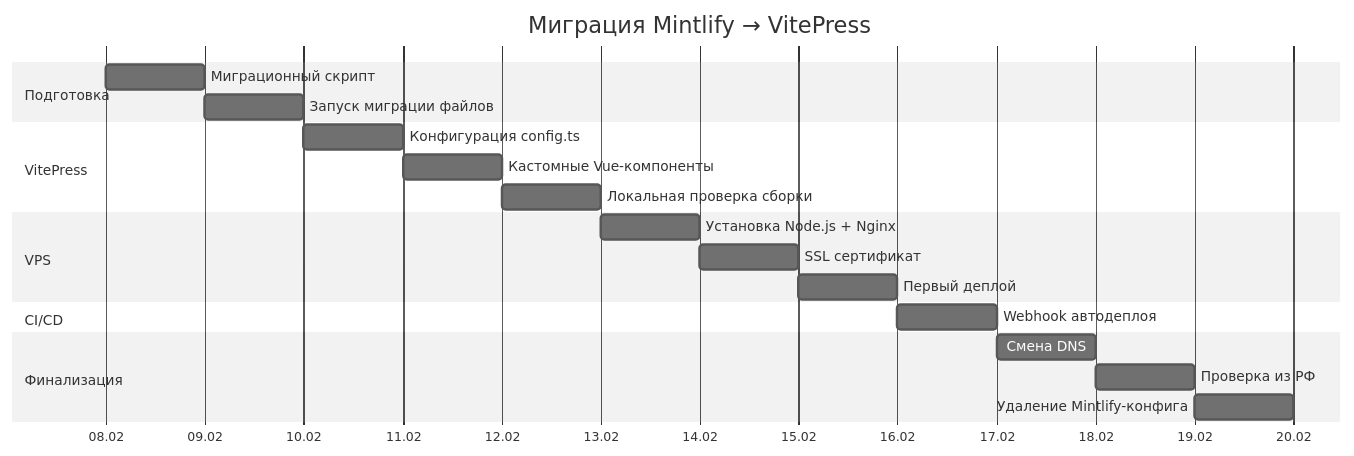
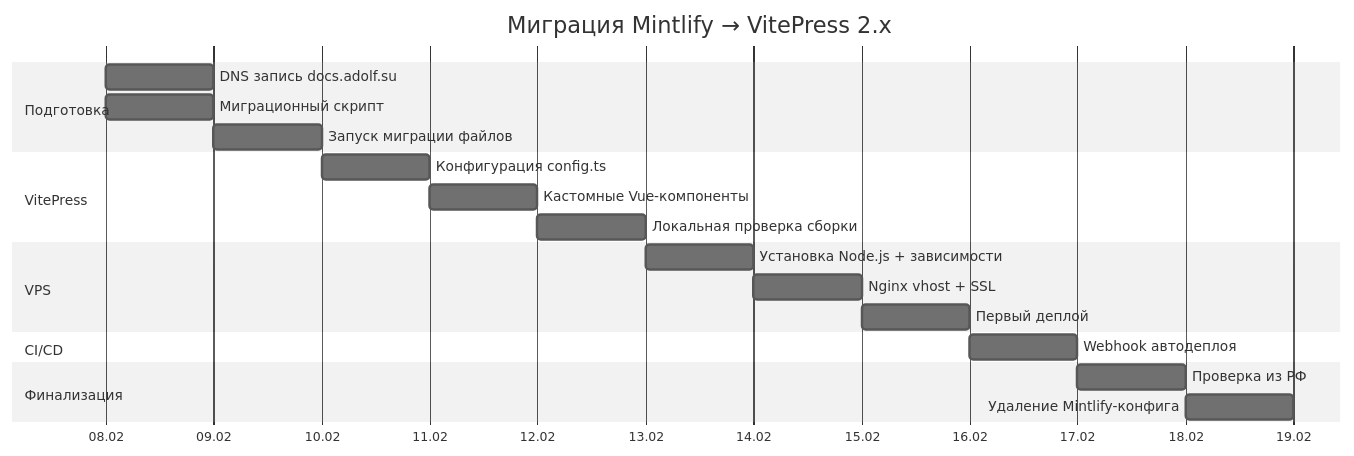
Before and after one commit to Sign25/Docs: the third of 3 diagrams in config/adolf_vitepress_tz.md, drawn with Mermaid (neutral theme). The commit also changed other lines of this file, not shown here.

Commit message:
docs: update VitePress migration spec v1.1 — VitePress 2.x, docs.adolf.su

````diff
--- a/config/adolf_vitepress_tz.md
+++ b/config/adolf_vitepress_tz.md
@@ -581,28 +707,28 @@
 ```mermaid
 gantt
-    title Миграция Mintlify → VitePress
+    title Миграция Mintlify → VitePress 2.x
     dateFormat YYYY-MM-DD
     axisFormat %d.%m
     
     section Подготовка
+    DNS запись docs.adolf.su          :a0, 2026-02-08, 1d
     Миграционный скрипт              :a1, 2026-02-08, 1d
     Запуск миграции файлов           :a2, after a1, 1d
     
     section VitePress
     Конфигурация config.ts           :b1, after a2, 1d
     Кастомные Vue-компоненты         :b2, after b1, 1d
     Локальная проверка сборки        :b3, after b2, 1d
     
     section VPS
-    Установка Node.js + Nginx        :c1, after b3, 1d
-    SSL сертификат                   :c2, after c1, 1d
+    Установка Node.js + зависимости  :c1, after b3, 1d
+    Nginx vhost + SSL                :c2, after c1, 1d
     Первый деплой                    :c3, after c2, 1d
     
     section CI/CD
     Webhook автодеплоя               :d1, after c3, 1d
     
     section Финализация
-    Смена DNS                        :e1, after d1, 1d
-    Проверка из РФ                   :e2, after e1, 1d
-    Удаление Mintlify-конфига        :e3, after e2, 1d
+    Проверка из РФ                   :e1, after d1, 1d
+    Удаление Mintlify-конфига        :e2, after e1, 1d
 ```
````
